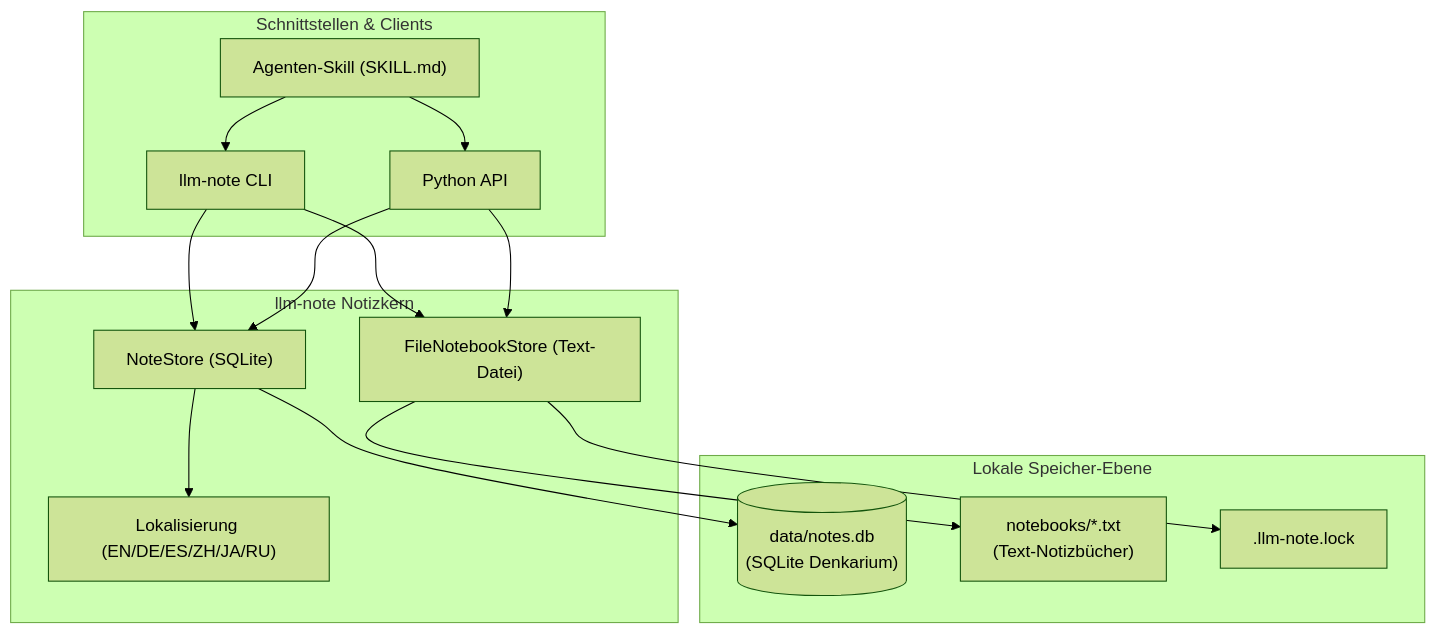
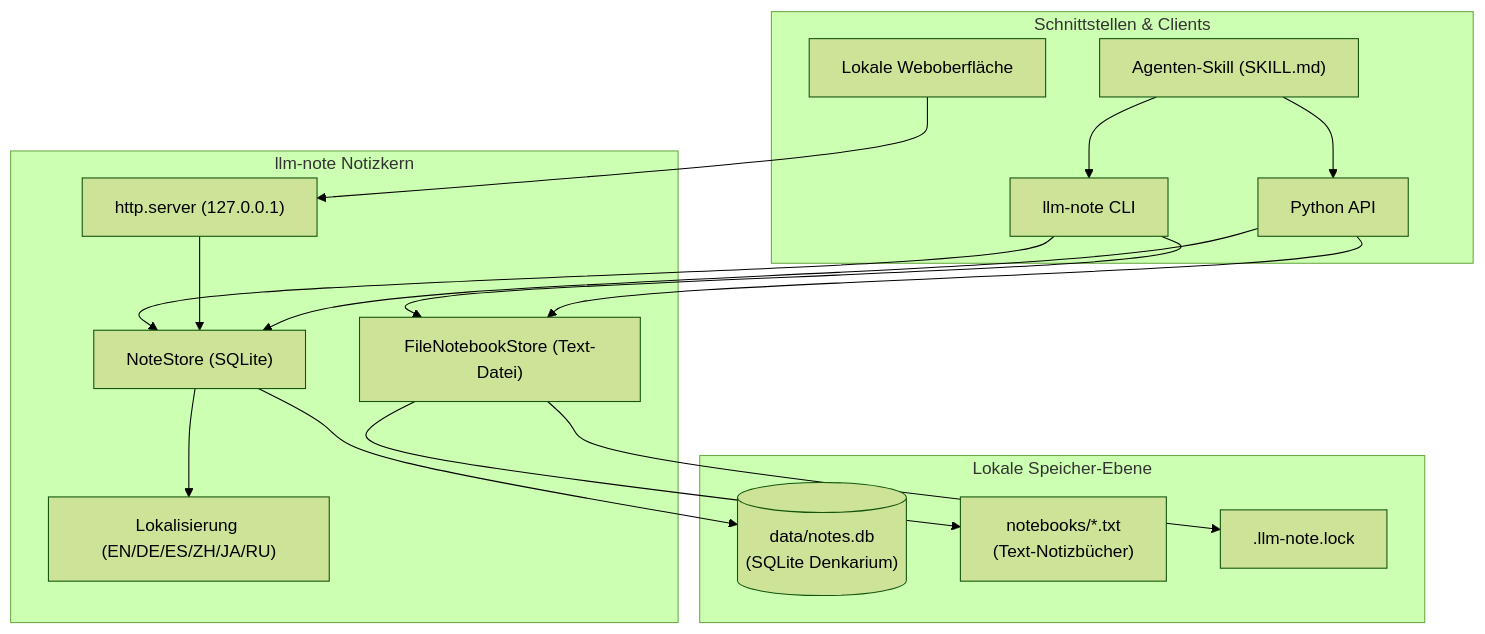
The diagram in README_de.md (doc-bricks/llm-note), drawn with Mermaid (forest theme) before and after one commit. The commit also changed other lines of this file and 10 other files, not shown here.

````diff
--- a/README_de.md
+++ b/README_de.md
@@ -21,32 +21,36 @@
 ```mermaid
 graph TD
     subgraph Clients["Schnittstellen & Clients"]
         CLI["llm-note CLI"]
+        GUI["Lokale Weboberfläche"]
         PyAPI["Python API"]
         Skill["Agenten-Skill (SKILL.md)"]
     end
 
     subgraph CoreEngine["llm-note Notizkern"]
         NoteStore["NoteStore (SQLite)"]
         FileStore["FileNotebookStore (Text-Datei)"]
+        HTTP["http.server (127.0.0.1)"]
         I18N["Lokalisierung (EN/DE/ES/ZH/JA/RU)"]
     end
 
     subgraph LocalStorage["Lokale Speicher-Ebene"]
         DB[("data/notes.db<br/>(SQLite Denkarium)")]
         Notebooks["notebooks/*.txt<br/>(Text-Notizbücher)"]
         LockFile[".llm-note.lock"]
     end
 
     CLI --> NoteStore
+    GUI --> HTTP
+    HTTP --> NoteStore
     CLI --> FileStore
     PyAPI --> NoteStore
     PyAPI --> FileStore
     Skill --> CLI
     Skill --> PyAPI
 
     NoteStore --> DB
     NoteStore --> I18N
     FileStore --> Notebooks
     FileStore --> LockFile
 ```
````
